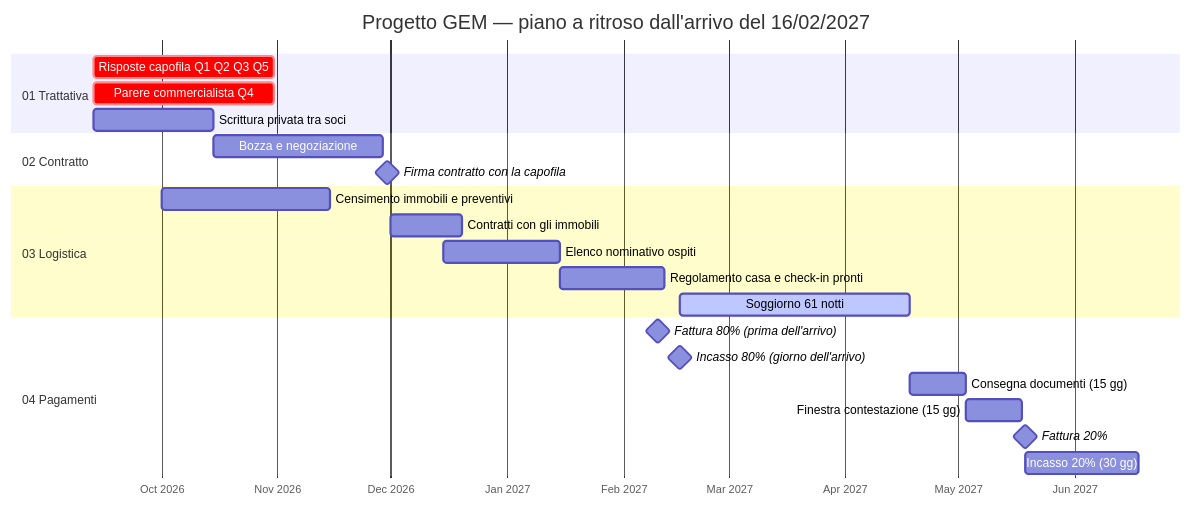
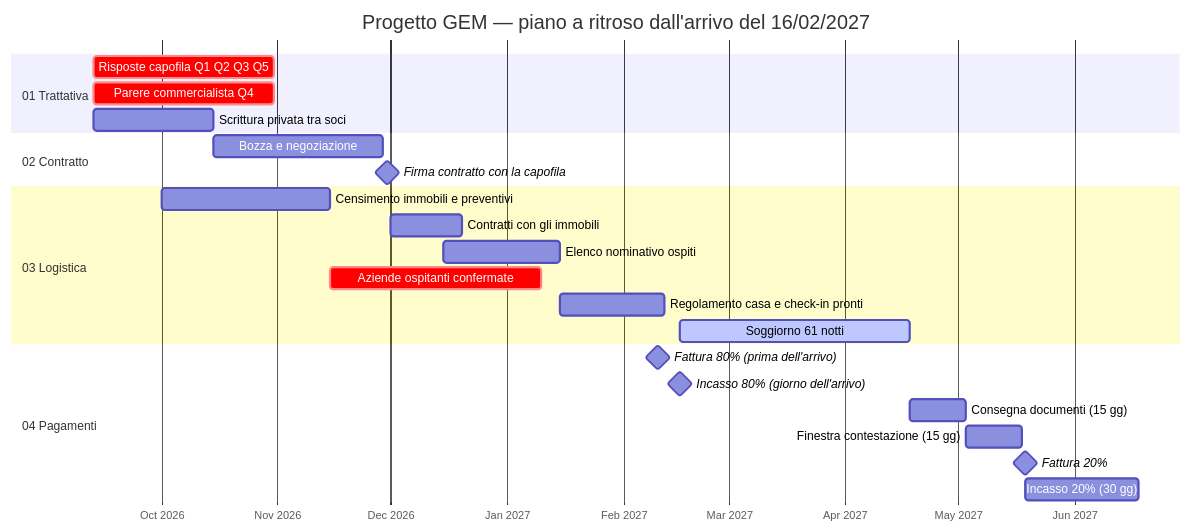
Before and after one commit to affittibreviitaliamanfredonia-source/Gem-Project: the diagram in README.md, drawn with Mermaid. The commit also changed other lines of this file and 13 other files, not shown here.

````diff
--- a/README.md
+++ b/README.md
@@ -92,30 +93,31 @@
 ```mermaid
 gantt
     title Progetto GEM — piano a ritroso dall'arrivo del 16/02/2027
     dateFormat  YYYY-MM-DD
     axisFormat  %b %Y
 
     section 01 Trattativa
     Risposte capofila Q1 Q2 Q3 Q5        :crit, t1, 2026-09-13, 2026-10-31
     Parere commercialista Q4             :crit, t2, 2026-09-13, 2026-10-31
     Scrittura privata tra soci           :t3, 2026-09-13, 2026-10-15
 
     section 02 Contratto
     Bozza e negoziazione                 :c1, 2026-10-15, 2026-11-29
     Firma contratto con la capofila      :milestone, m1, 2026-11-30, 0d
 
     section 03 Logistica
     Censimento immobili e preventivi     :l1, 2026-10-01, 2026-11-15
     Contratti con gli immobili           :l2, 2026-12-01, 2026-12-20
     Elenco nominativo ospiti             :l3, 2026-12-15, 2027-01-15
+    Aziende ospitanti confermate         :crit, l6, 2026-11-15, 2027-01-10
     Regolamento casa e check-in pronti   :l4, 2027-01-15, 2027-02-12
     Soggiorno 61 notti                   :active, l5, 2027-02-16, 2027-04-18
 
     section 04 Pagamenti
     Fattura 80% (prima dell'arrivo)      :milestone, p1, 2027-02-10, 0d
     Incasso 80% (giorno dell'arrivo)     :milestone, p2, 2027-02-16, 0d
     Consegna documenti (15 gg)           :p3, 2027-04-18, 2027-05-03
     Finestra contestazione (15 gg)       :p4, 2027-05-03, 2027-05-18
     Fattura 20%                          :milestone, p5, 2027-05-19, 0d
     Incasso 20% (30 gg)                  :p6, 2027-05-19, 2027-06-18
 ```
````
